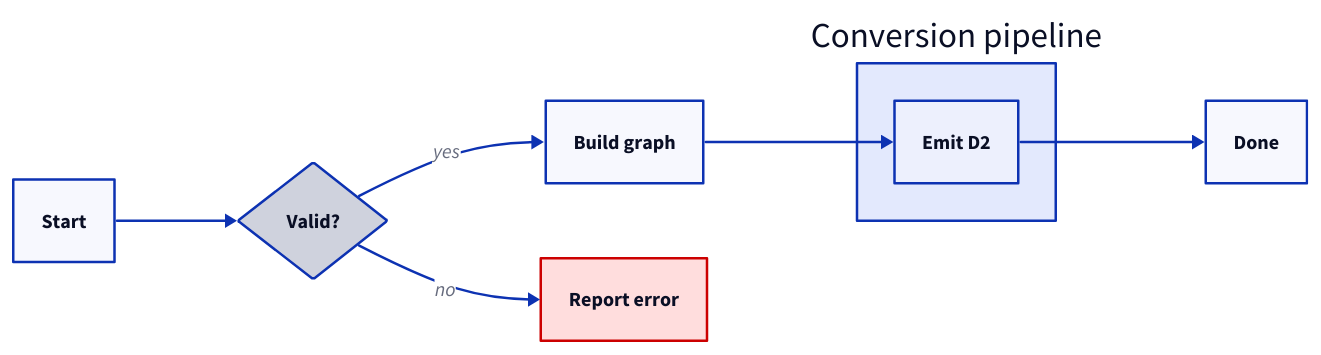
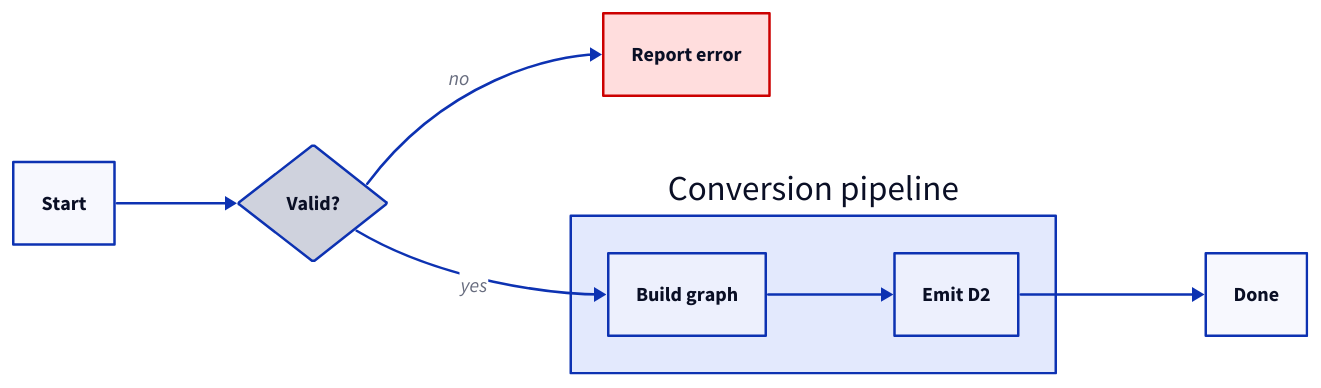
The diagram in docs/examples/flowchart.d2 (noamsto/mermaid2d2), drawn with D2 before and after one commit. The commit also changed 5 other files, not shown here.

First line of the commit message:
fix: bind flowchart nodes to the subgraph that mentions them (#63)

```diff
--- a/docs/examples/flowchart.d2
+++ b/docs/examples/flowchart.d2
@@ -1,21 +1,21 @@
 direction: right
 classes: {
   error: {
     style: {
       fill: "#fdd"
       stroke: "#c00"
       stroke-width: 2
     }
   }
 }
 Parse: Valid? {shape: diamond}
-Build: Build graph
 Fail: Report error {class: error}
 pipeline: Conversion pipeline {
+  Build: Build graph
   Emit: Emit D2
+  Build -> Emit
 }
 Start -> Parse
-Parse -> Build: yes
+Parse -> pipeline.Build: yes
 Parse -> Fail: no
-Build -> pipeline.Emit
 pipeline.Emit -> Done
```
